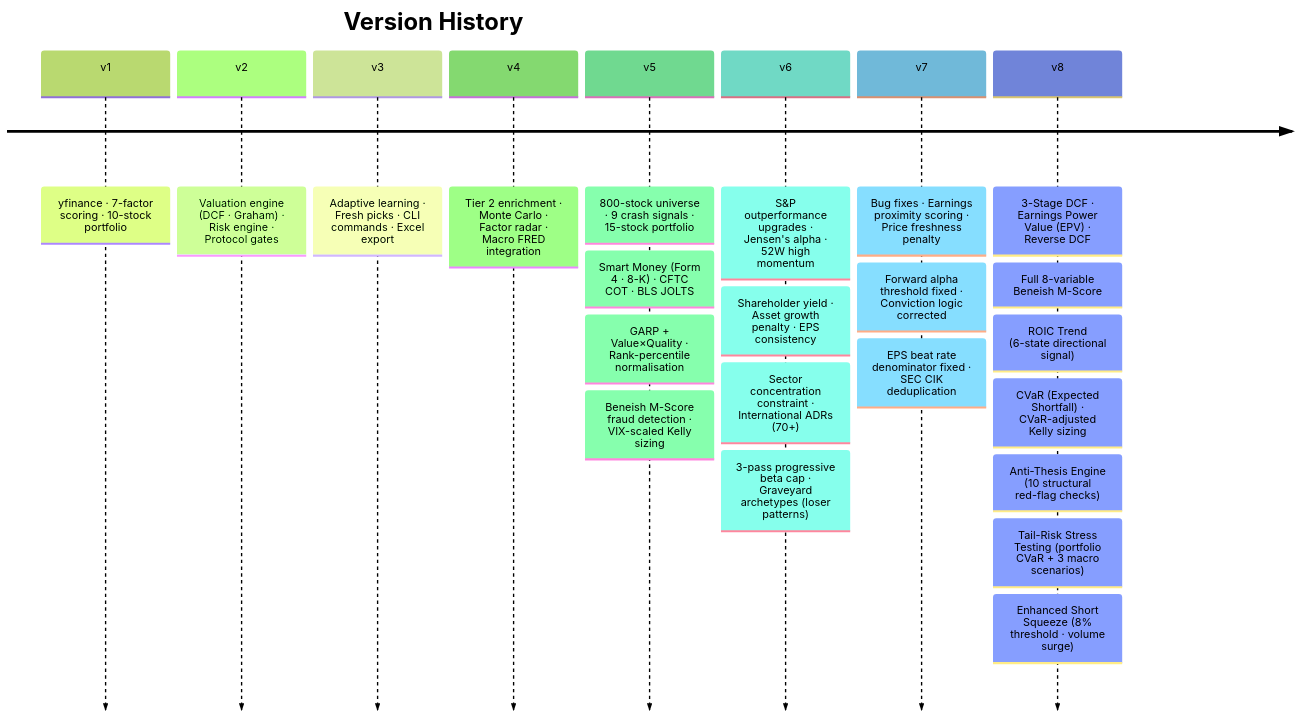
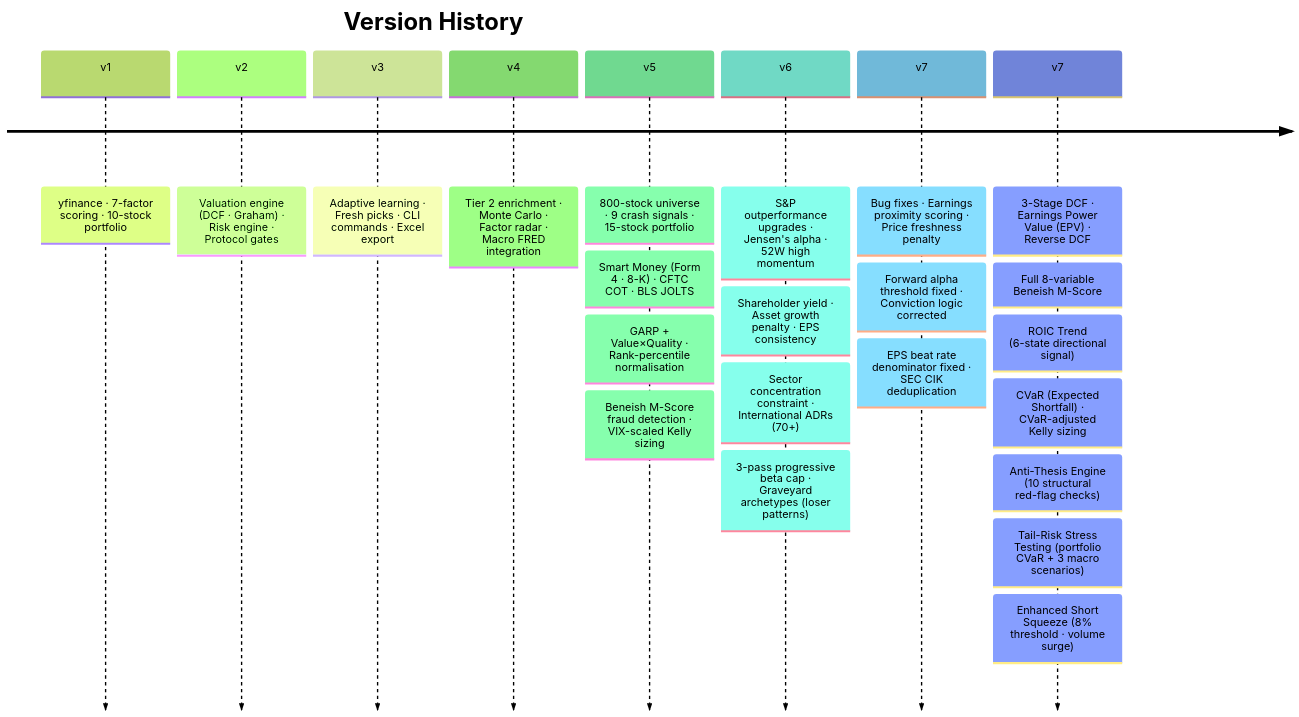
One commit to Justme-Cliff/Investing-ML changed the fourth of 4 diagrams in README.md. Above: the diagram before and after it, drawn with Mermaid (forest theme). The commit also changed other lines of this file, not shown here.

````diff
--- a/README.md
+++ b/README.md
@@ -721,26 +721,26 @@
 ```mermaid
 timeline
     title Version History
     v1 : yfinance · 7-factor scoring · 10-stock portfolio
     v2 : Valuation engine (DCF · Graham) · Risk engine · Protocol gates
     v3 : Adaptive learning · Fresh picks · CLI commands · Excel export
     v4 : Tier 2 enrichment · Monte Carlo · Factor radar · Macro FRED integration
     v5 : 800-stock universe · 9 crash signals · 15-stock portfolio
        : Smart Money (Form 4 · 8-K) · CFTC COT · BLS JOLTS
        : GARP + Value×Quality · Rank-percentile normalisation
        : Beneish M-Score fraud detection · VIX-scaled Kelly sizing
     v6 : S&P outperformance upgrades · Jensen's alpha · 52W high momentum
        : Shareholder yield · Asset growth penalty · EPS consistency
        : Sector concentration constraint · International ADRs (70+)
        : 3-pass progressive beta cap · Graveyard archetypes (loser patterns)
     v7 : Bug fixes · Earnings proximity scoring · Price freshness penalty
        : Forward alpha threshold fixed · Conviction logic corrected
        : EPS beat rate denominator fixed · SEC CIK deduplication
-    v8 : 3-Stage DCF · Earnings Power Value (EPV) · Reverse DCF
+    v7 : 3-Stage DCF · Earnings Power Value (EPV) · Reverse DCF
        : Full 8-variable Beneish M-Score
        : ROIC Trend (6-state directional signal)
        : CVaR (Expected Shortfall) · CVaR-adjusted Kelly sizing
        : Anti-Thesis Engine (10 structural red-flag checks)
        : Tail-Risk Stress Testing (portfolio CVaR + 3 macro scenarios)
        : Enhanced Short Squeeze (8% threshold · volume surge)
 ```
````
